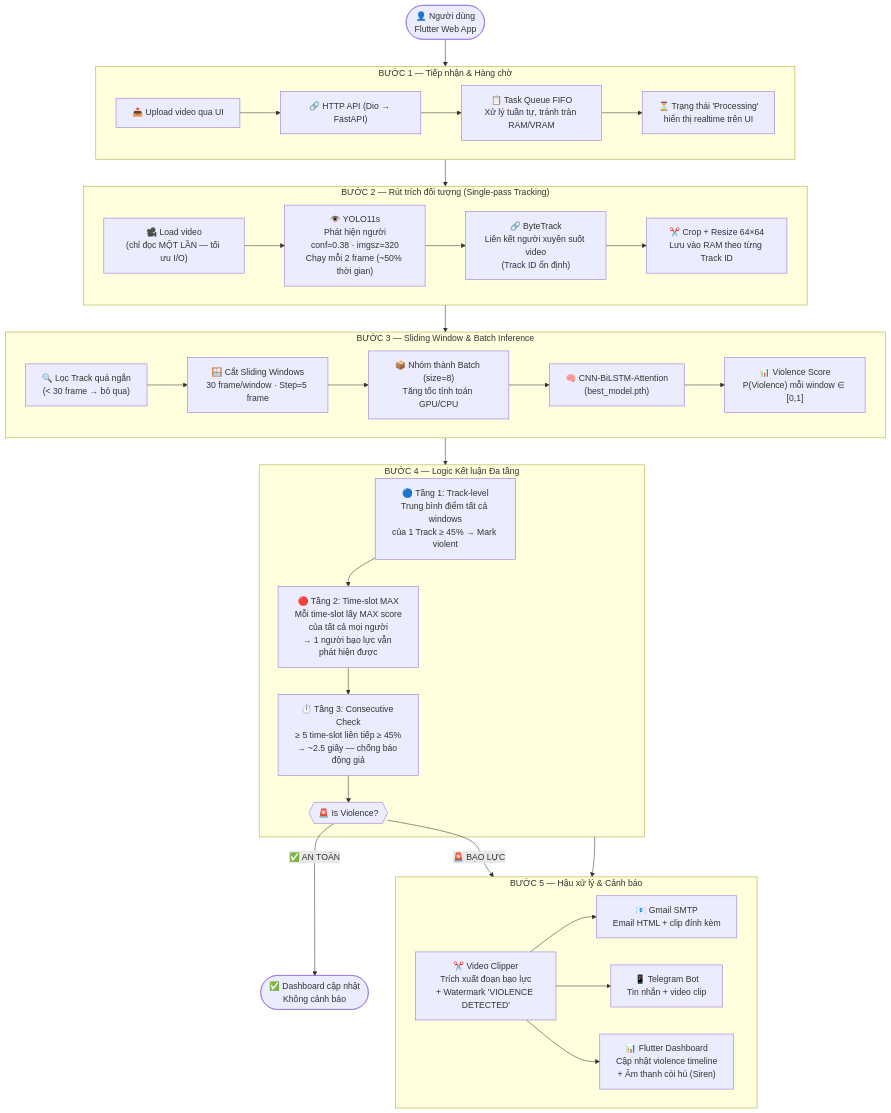
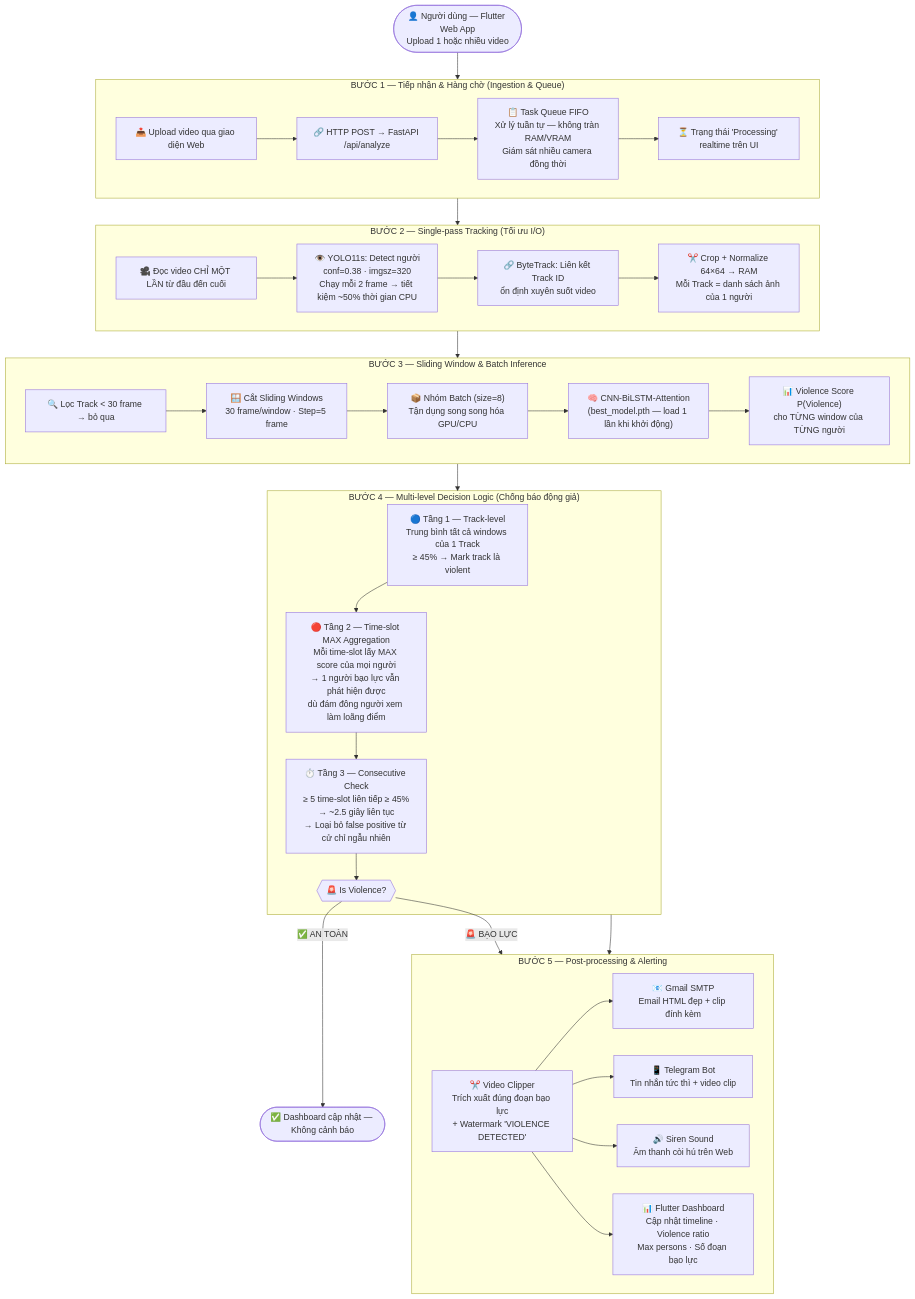
One commit to MinhkhoaDS22/dectect_violence_in_school changed the fourth of 5 diagrams in README.md. Above: the diagram before and after it, drawn with Mermaid. The commit also changed other lines of this file and 17 other files, not shown here.

````diff
--- a/README.md
+++ b/README.md
@@ -196,57 +229,57 @@
 ```mermaid
 flowchart TD
-    U(["👤 Người dùng\nFlutter Web App"]) --> S1
+    U(["👤 Người dùng — Flutter Web App\nUpload 1 hoặc nhiều video"]) --> S1
 
-    subgraph S1["BƯỚC 1 — Tiếp nhận & Hàng chờ"]
-        S1A["📤 Upload video qua UI"]
-        S1B["🔗 HTTP API (Dio → FastAPI)"]
-        S1C["📋 Task Queue FIFO\nXử lý tuần tự, tránh tràn RAM/VRAM"]
-        S1D["⏳ Trạng thái 'Processing'\nhiển thị realtime trên UI"]
+    subgraph S1["BƯỚC 1 — Tiếp nhận & Hàng chờ (Ingestion & Queue)"]
+        S1A["📤 Upload video qua giao diện Web"]
+        S1B["🔗 HTTP POST → FastAPI /api/analyze"]
+        S1C["📋 Task Queue FIFO\nXử lý tuần tự — không tràn RAM/VRAM\nGiám sát nhiều camera đồng thời"]
+        S1D["⏳ Trạng thái 'Processing' realtime trên UI"]
         S1A --> S1B --> S1C --> S1D
     end
 
     S1 --> S2
 
-    subgraph S2["BƯỚC 2 — Rút trích đối tượng (Single-pass Tracking)"]
-        S2A["🎥 Load video\n(chỉ đọc MỘT LẦN — tối ưu I/O)"]
-        S2B["👁️ YOLO11s\nPhát hiện người\nconf=0.38 · imgsz=320\nChạy mỗi 2 frame (~50% thời gian)"]
-        S2C["🔗 ByteTrack\nLiên kết người xuyên suốt video\n(Track ID ổn định)"]
-        S2D["✂️ Crop + Resize 64×64\nLưu vào RAM theo từng Track ID"]
+    subgraph S2["BƯỚC 2 — Single-pass Tracking (Tối ưu I/O)"]
+        S2A["🎥 Đọc video CHỈ MỘT LẦN từ đầu đến cuối"]
+        S2B["👁️ YOLO11s: Detect người\nconf=0.38 · imgsz=320\nChạy mỗi 2 frame → tiết kiệm ~50% thời gian CPU"]
+        S2C["🔗 ByteTrack: Liên kết Track ID\nổn định xuyên suốt video"]
+        S2D["✂️ Crop + Normalize 64×64 → RAM\nMỗi Track = danh sách ảnh của 1 người"]
         S2A --> S2B --> S2C --> S2D
     end
 
     S2 --> S3
 
     subgraph S3["BƯỚC 3 — Sliding Window & Batch Inference"]
-        S3A["🔍 Lọc Track quá ngắn\n(< 30 frame → bỏ qua)"]
+        S3A["🔍 Lọc Track < 30 frame → bỏ qua"]
         S3B["🪟 Cắt Sliding Windows\n30 frame/window · Step=5 frame"]
-        S3C["📦 Nhóm thành Batch (size=8)\nTăng tốc tính toán GPU/CPU"]
-        S3D["🧠 CNN-BiLSTM-Attention\n(best_model.pth)"]
-        S3E["📊 Violence Score\nP(Violence) mỗi window ∈ [0,1]"]
+        S3C["📦 Nhóm Batch (size=8)\nTận dụng song song hóa GPU/CPU"]
+        S3D["🧠 CNN-BiLSTM-Attention\n(best_model.pth — load 1 lần khi khởi động)"]
+        S3E["📊 Violence Score P(Violence)\ncho TỪNG window của TỪNG người"]
         S3A --> S3B --> S3C --> S3D --> S3E
     end
 
     S3 --> S4
 
-    subgraph S4["BƯỚC 4 — Logic Kết luận Đa tầng"]
-        S4A["🔵 Tầng 1: Track-level\nTrung bình điểm tất cả windows\ncủa 1 Track ≥ 45% → Mark violent"]
-        S4B["🔴 Tầng 2: Time-slot MAX\nMỗi time-slot lấy MAX score\ncủa tất cả mọi người\n→ 1 người bạo lực vẫn phát hiện được"]
-        S4C["⏱️ Tầng 3: Consecutive Check\n≥ 5 time-slot liên tiếp ≥ 45%\n→ ~2.5 giây — chống báo động giả"]
+    subgraph S4["BƯỚC 4 — Multi-level Decision Logic (Chống báo động giả)"]
+        S4A["🔵 Tầng 1 — Track-level\nTrung bình tất cả windows của 1 Track\n≥ 45% → Mark track là violent"]
+        S4B["🔴 Tầng 2 — Time-slot MAX Aggregation\nMỗi time-slot lấy MAX score của mọi người\n→ 1 người bạo lực vẫn phát hiện được\ndù đám đông người xem làm loãng điểm"]
+        S4C["⏱️ Tầng 3 — Consecutive Check\n≥ 5 time-slot liên tiếp ≥ 45%\n→ ~2.5 giây liên tục\n→ Loại bỏ false positive từ cử chỉ ngẫu nhiên"]
         S4D{{"🚨 Is Violence?"}}
         S4A --> S4B --> S4C --> S4D
     end
 
     S4 --> S5
 
-    subgraph S5["BƯỚC 5 — Hậu xử lý & Cảnh báo"]
-        direction LR
-        S5A["✂️ Video Clipper\nTrích xuất đoạn bạo lực\n+ Watermark 'VIOLENCE DETECTED'"]
-        S5B["📧 Gmail SMTP\nEmail HTML + clip đính kèm"]
-        S5C["📱 Telegram Bot\nTin nhắn + video clip"]
-        S5D["📊 Flutter Dashboard\nCập nhật violence timeline\n+ Âm thanh còi hú (Siren)"]
-        S5A --> S5B & S5C & S5D
+    subgraph S5["BƯỚC 5 — Post-processing & Alerting"]
+        S5A["✂️ Video Clipper\nTrích xuất đúng đoạn bạo lực\n+ Watermark 'VIOLENCE DETECTED'"]
+        S5B["📧 Gmail SMTP\nEmail HTML đẹp + clip đính kèm"]
+        S5C["📱 Telegram Bot\nTin nhắn tức thì + video clip"]
+        S5D["🔊 Siren Sound\nÂm thanh còi hú trên Web"]
+        S5E["📊 Flutter Dashboard\nCập nhật timeline · Violence ratio\nMax persons · Số đoạn bạo lực"]
+        S5A --> S5B & S5C & S5D & S5E
     end
 
-    S4D -->|"✅ AN TOÀN"| SAFE(["✅ Dashboard cập nhật\nKhông cảnh báo"])
+    S4D -->|"✅ AN TOÀN"| SAFE(["✅ Dashboard cập nhật — Không cảnh báo"])
     S4D -->|"🚨 BẠO LỰC"| S5
 ```
````
